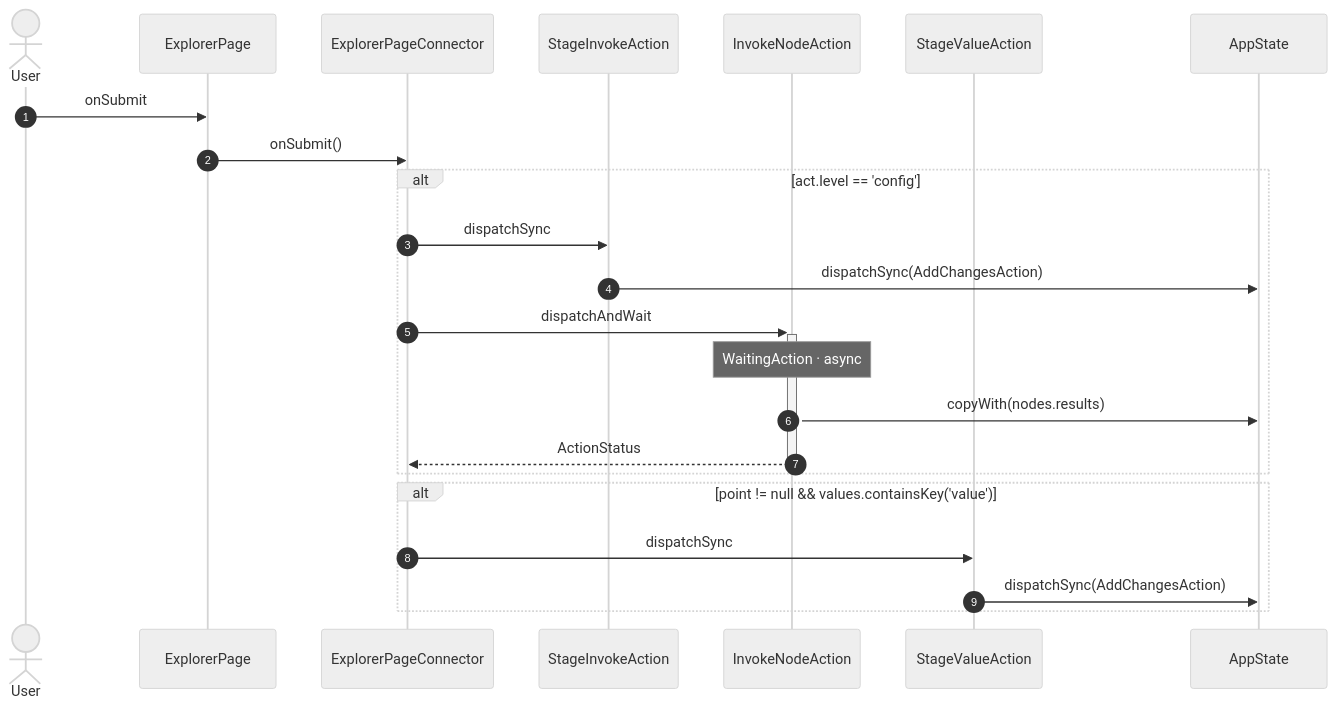
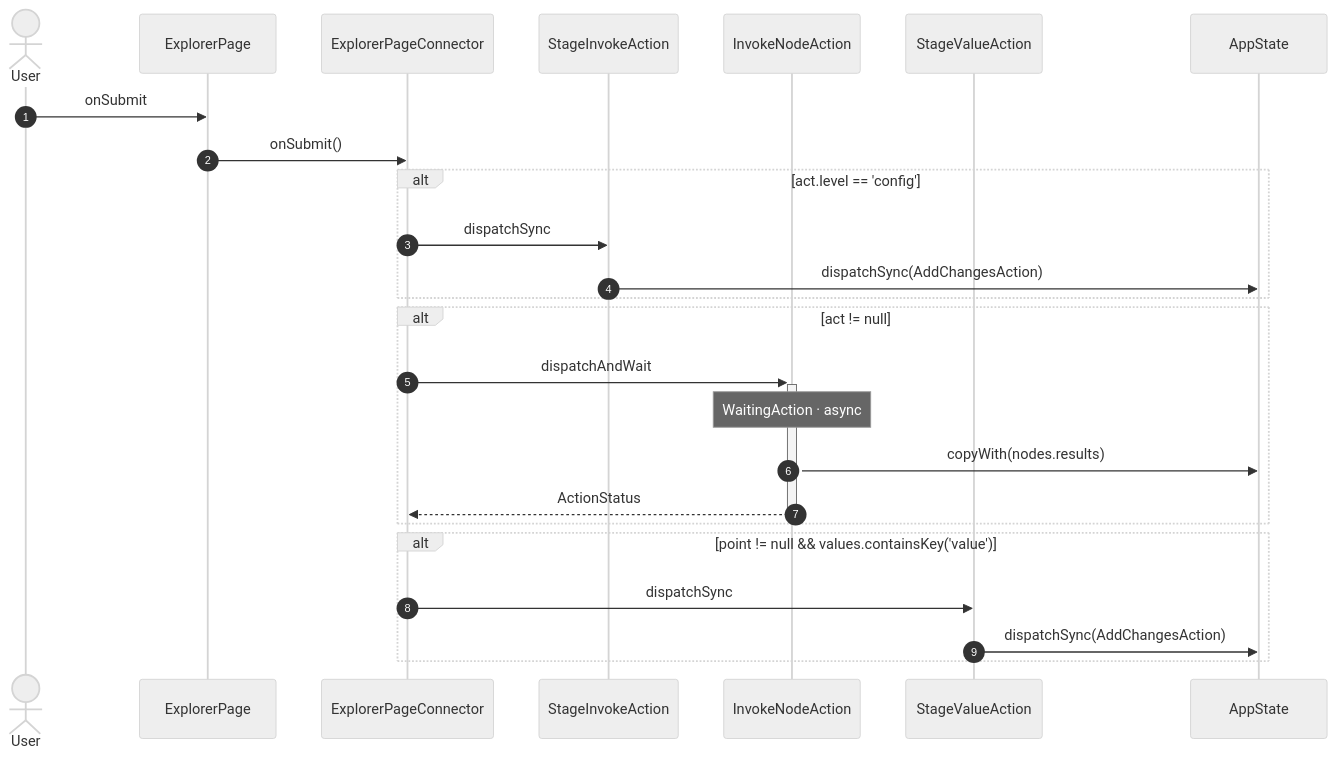
Before and after one commit to gencto/wyrm: diagram 22 of 29 in studio/docs/flows/explorer.md, drawn with Mermaid (neutral theme). The commit also changed other lines of this file and 61 other files, not shown here.

````diff
--- a/studio/docs/flows/explorer.md
+++ b/studio/docs/flows/explorer.md
@@ -411,26 +411,28 @@
 ```mermaid
 sequenceDiagram
     autonumber
     actor User
     participant UI as ExplorerPage
     participant VM as ExplorerPageConnector
     participant A1 as StageInvokeAction
     participant A2 as InvokeNodeAction
     participant A3 as StageValueAction
     participant ST as AppState
 
     User->>UI: onSubmit
     UI->>VM: onSubmit()
     alt act.level == 'config'
         VM->>A1: dispatchSync
         A1->>ST: dispatchSync(AddChangesAction)
+    end
+    alt act != null
         VM->>+A2: dispatchAndWait
         Note over A2: WaitingAction · async
         A2->>ST: copyWith(nodes.results)
         A2-->>-VM: ActionStatus
     end
     alt point != null && values.containsKey('value')
         VM->>A3: dispatchSync
         A3->>ST: dispatchSync(AddChangesAction)
     end
 ```
````
